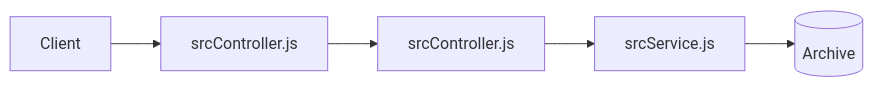
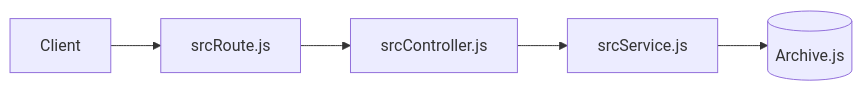
One commit to Niller-nuller/FeedbackStarWarsOpgave changed the first of 3 diagrams in readme.md. Above: the diagram before and after it, drawn with Mermaid. The commit also changed other lines of this file and 1 other file, not shown here.

Commit message:
mermaid stuff

````diff
--- a/readme.md
+++ b/readme.md
@@ -3,7 +3,7 @@
 ```mermaid
 flowchart LR
-    Client[Client] --> Routes[srcController.js]
+    Client[Client] --> Routes[srcRoute.js]
     Routes --> Controller[srcController.js]
     Controller --> Service[srcService.js]
-    Service --> Archive[(Archive)]
+    Service --> Archive[(Archive.js)]
 ```
````
